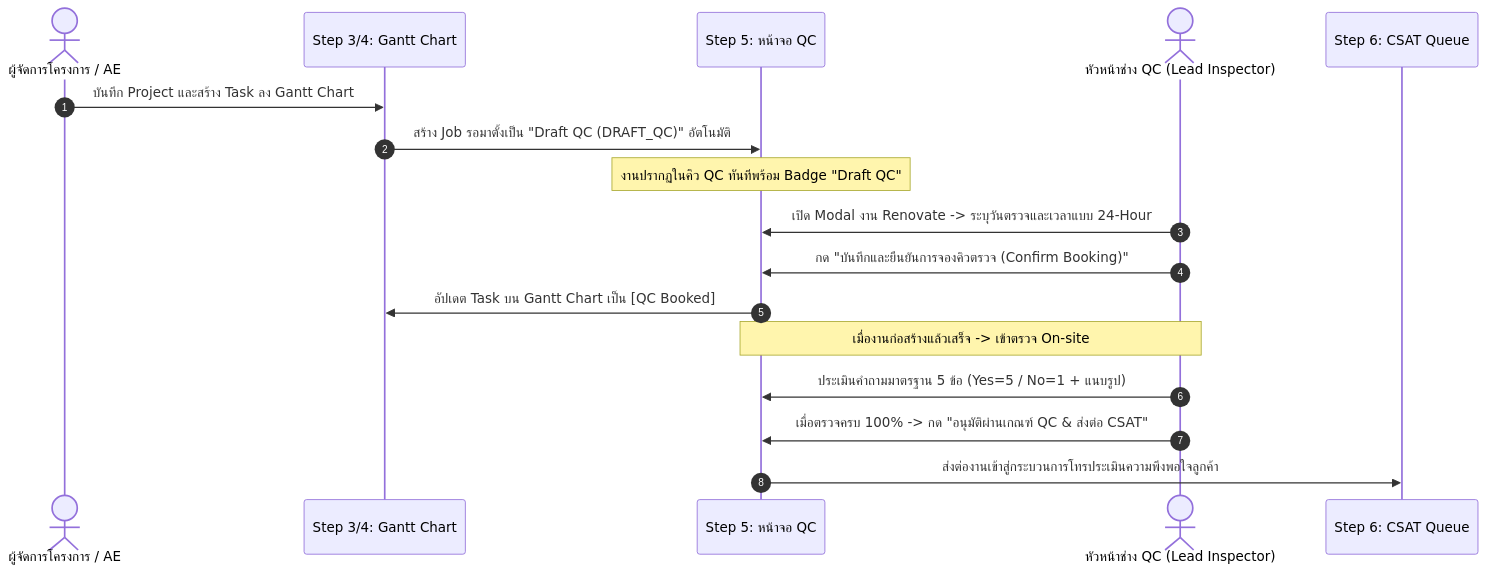
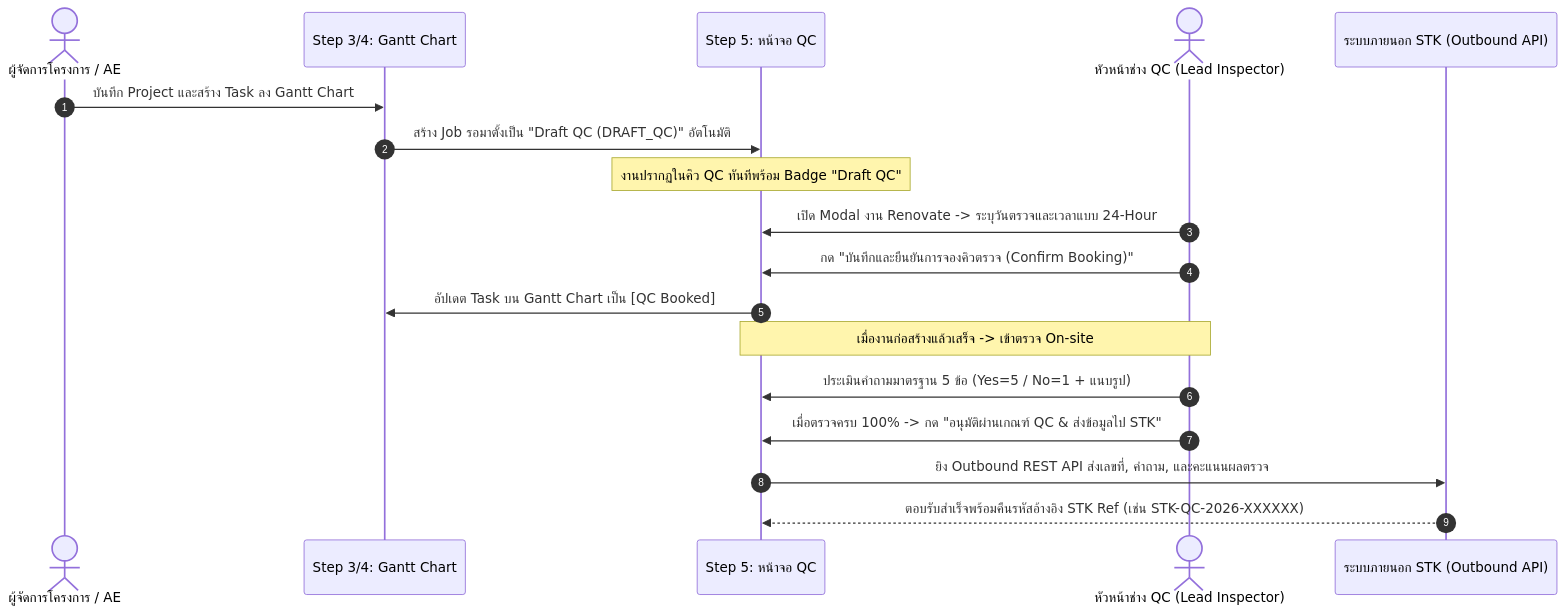
The fourth of 5 diagrams in doc/คู่มือการใช้งาน_Step6_ตรวจรับรองคุณภาพQC.md (isarachootip/pmt_flow), drawn with Mermaid before and after one commit. The commit also changed other lines of this file and 12 other files, not shown here.

Commit message:
feat(qc): send outbound API to STK with job_no, questions, and scores upon QC approval instead of CSAT

````diff
--- a/doc/คู่มือการใช้งาน_Step6_ตรวจรับรองคุณภาพQC.md
+++ b/doc/คู่มือการใช้งาน_Step6_ตรวจรับรองคุณภาพQC.md
@@ -134,20 +134,21 @@
 ```mermaid
 sequenceDiagram
     autonumber
     actor PM as ผู้จัดการโครงการ / AE
     participant Gantt as Step 3/4: Gantt Chart
     participant QC as Step 5: หน้าจอ QC
     actor Lead as หัวหน้าช่าง QC (Lead Inspector)
-    participant CSAT as Step 6: CSAT Queue
+    participant STK as ระบบภายนอก STK (Outbound API)
 
     PM->>Gantt: บันทึก Project และสร้าง Task ลง Gantt Chart
     Gantt->>QC: สร้าง Job รอมาตั้งเป็น "Draft QC (DRAFT_QC)" อัตโนมัติ
     Note over QC: งานปรากฏในคิว QC ทันทีพร้อม Badge "Draft QC"
     Lead->>QC: เปิด Modal งาน Renovate -> ระบุวันตรวจและเวลาแบบ 24-Hour
     Lead->>QC: กด "บันทึกและยืนยันการจองคิวตรวจ (Confirm Booking)"
     QC->>Gantt: อัปเดต Task บน Gantt Chart เป็น [QC Booked]
     Note over Lead,QC: เมื่องานก่อสร้างแล้วเสร็จ -> เข้าตรวจ On-site
     Lead->>QC: ประเมินคำถามมาตรฐาน 5 ข้อ (Yes=5 / No=1 + แนบรูป)
-    Lead->>QC: เมื่อตรวจครบ 100% -> กด "อนุมัติผ่านเกณฑ์ QC & ส่งต่อ CSAT"
-    QC->>CSAT: ส่งต่องานเข้าสู่กระบวนการโทรประเมินความพึงพอใจลูกค้า
+    Lead->>QC: เมื่อตรวจครบ 100% -> กด "อนุมัติผ่านเกณฑ์ QC & ส่งข้อมูลไป STK"
+    QC->>STK: ยิง Outbound REST API ส่งเลขที่, คำถาม, และคะแนนผลตรวจ
+    STK-->>QC: ตอบรับสำเร็จพร้อมคืนรหัสอ้างอิง STK Ref (เช่น STK-QC-2026-XXXXXX)
 ```
````
